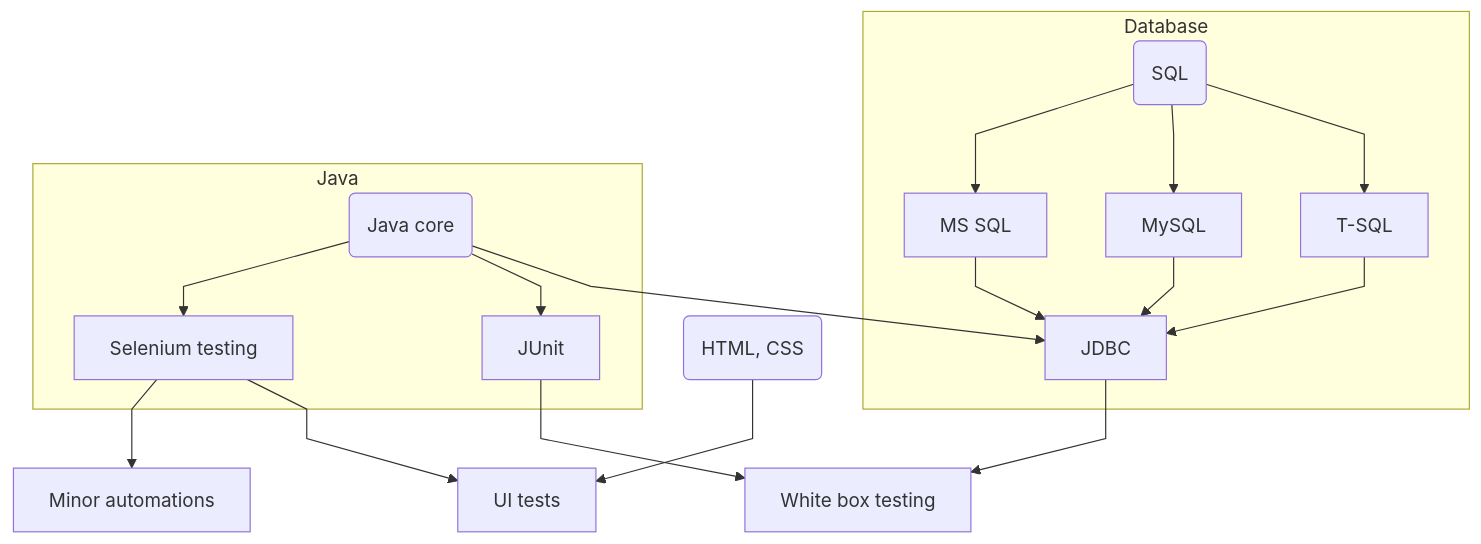
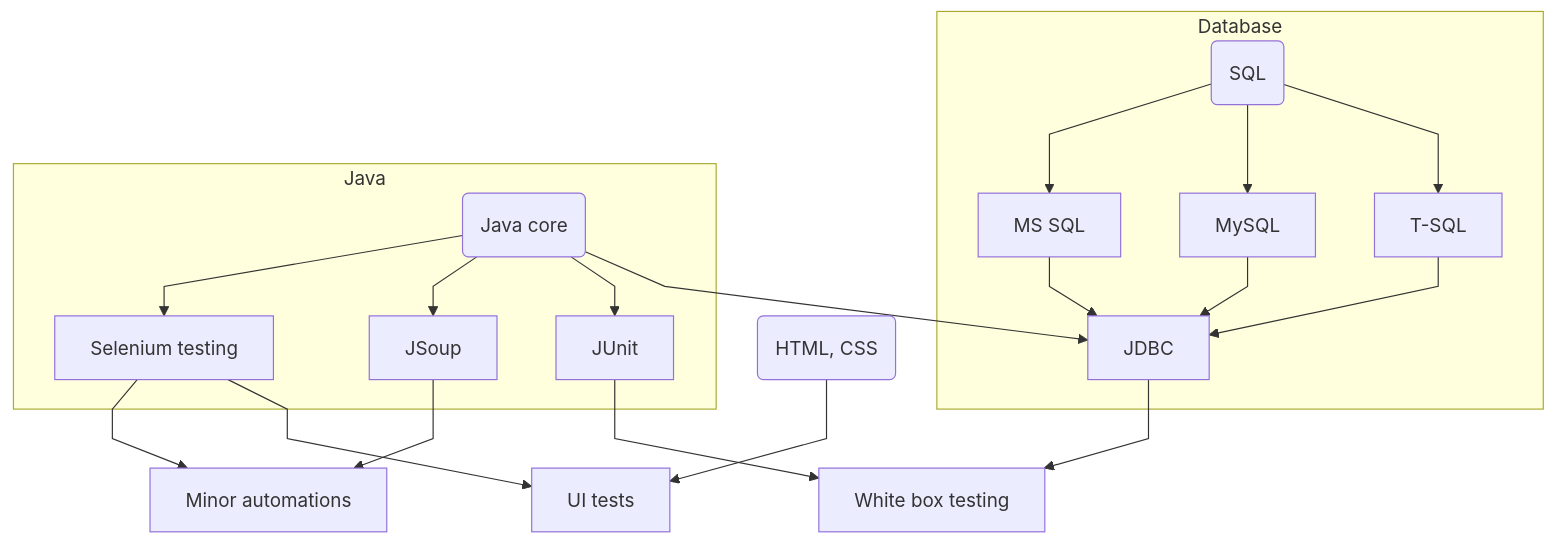
One commit to Eekain/Eekain changed the diagram in README.md. Above: the diagram before and after it, drawn with Mermaid.

Commit message:
Update README.md
added jsoup to mermaid

````diff
--- a/README.md
+++ b/README.md
@@ -19,17 +19,20 @@
 ```mermaid
   %%{init: { "flowchart": { "htmlLabels": true, "curve": "linear" } } }%%
   graph TD;
       D(HTML, CSS) --> E[UI tests];
+      
       B --> F[Minor automations];
+      Z --> F[Minor automations];
       subgraph Database 
         C(SQL) --> H[MS SQL] & I[MySQL] & J[T-SQL];
         H --> G[JDBC];
       end
       subgraph Java
         A(Java core) --> B[Selenium testing];
+        A --> Z[JSoup]
         A --> L[JUnit];
       end
       L & G--> K[White box testing];
       B --> E;
       A & I & J--> G;
 ```
````
